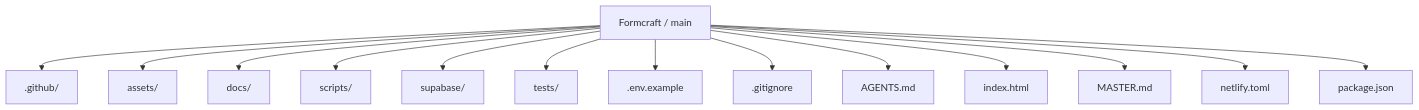
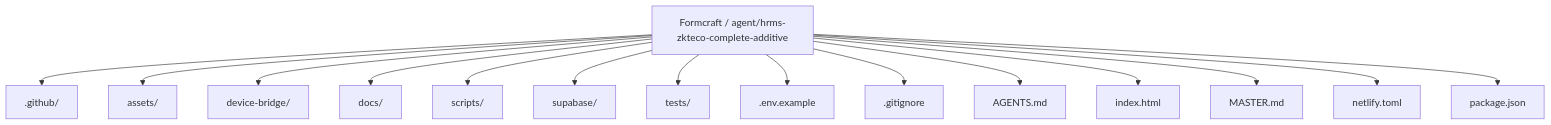
Before and after one commit to Nischhalsubba/Formcraft: the first of 23 diagrams in README.md, drawn with Mermaid. The commit also changed other lines of this file, not shown here.

````diff
--- a/README.md
+++ b/README.md
@@ -56,17 +57,18 @@
 ```mermaid
 flowchart TD
-    ROOT["Formcraft / main"]
+    ROOT["Formcraft / agent/hrms-zkteco-complete-additive"]
     ROOT --> P0[".github/"]
     ROOT --> P1["assets/"]
-    ROOT --> P2["docs/"]
-    ROOT --> P3["scripts/"]
-    ROOT --> P4["supabase/"]
-    ROOT --> P5["tests/"]
-    ROOT --> P6[".env.example"]
-    ROOT --> P7[".gitignore"]
-    ROOT --> P8["AGENTS.md"]
-    ROOT --> P9["index.html"]
-    ROOT --> P10["MASTER.md"]
-    ROOT --> P11["netlify.toml"]
-    ROOT --> P12["package.json"]
+    ROOT --> P2["device-bridge/"]
+    ROOT --> P3["docs/"]
+    ROOT --> P4["scripts/"]
+    ROOT --> P5["supabase/"]
+    ROOT --> P6["tests/"]
+    ROOT --> P7[".env.example"]
+    ROOT --> P8[".gitignore"]
+    ROOT --> P9["AGENTS.md"]
+    ROOT --> P10["index.html"]
+    ROOT --> P11["MASTER.md"]
+    ROOT --> P12["netlify.toml"]
+    ROOT --> P13["package.json"]
 ```
````
